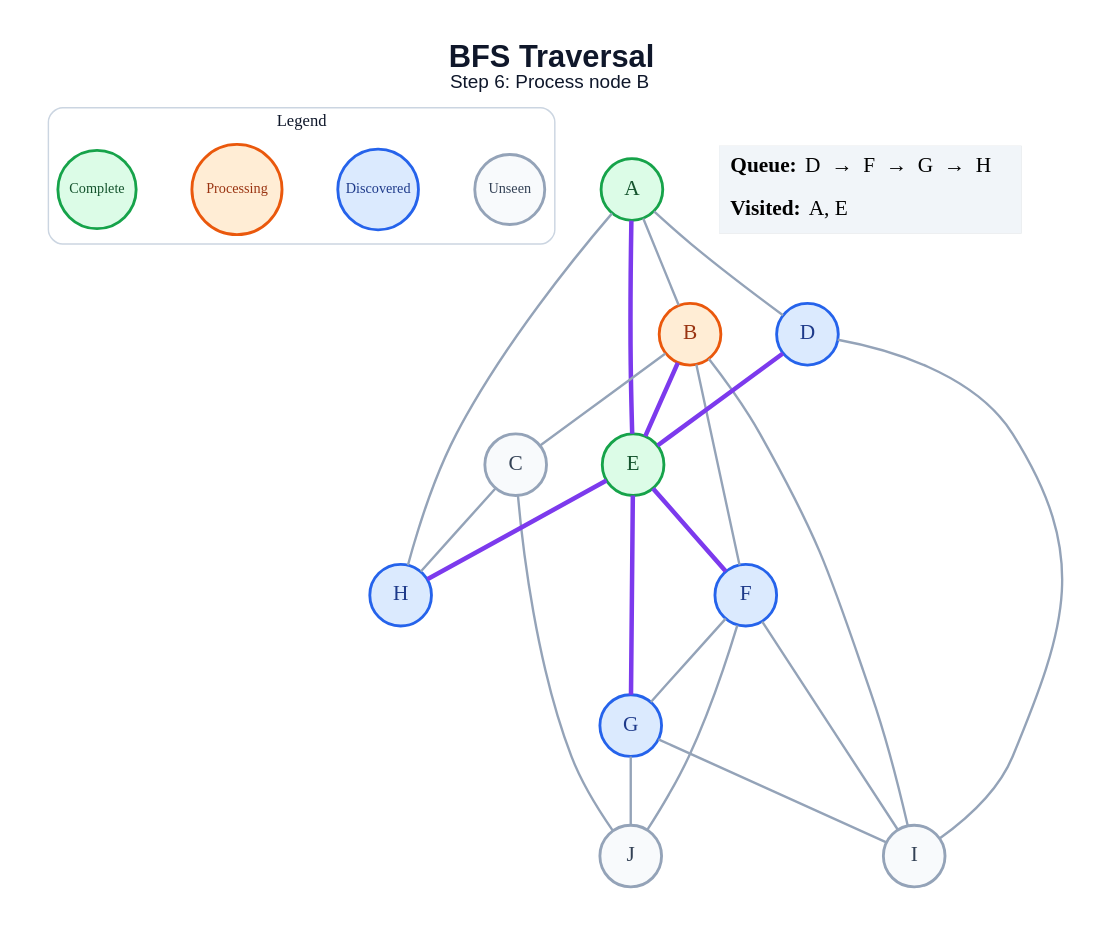
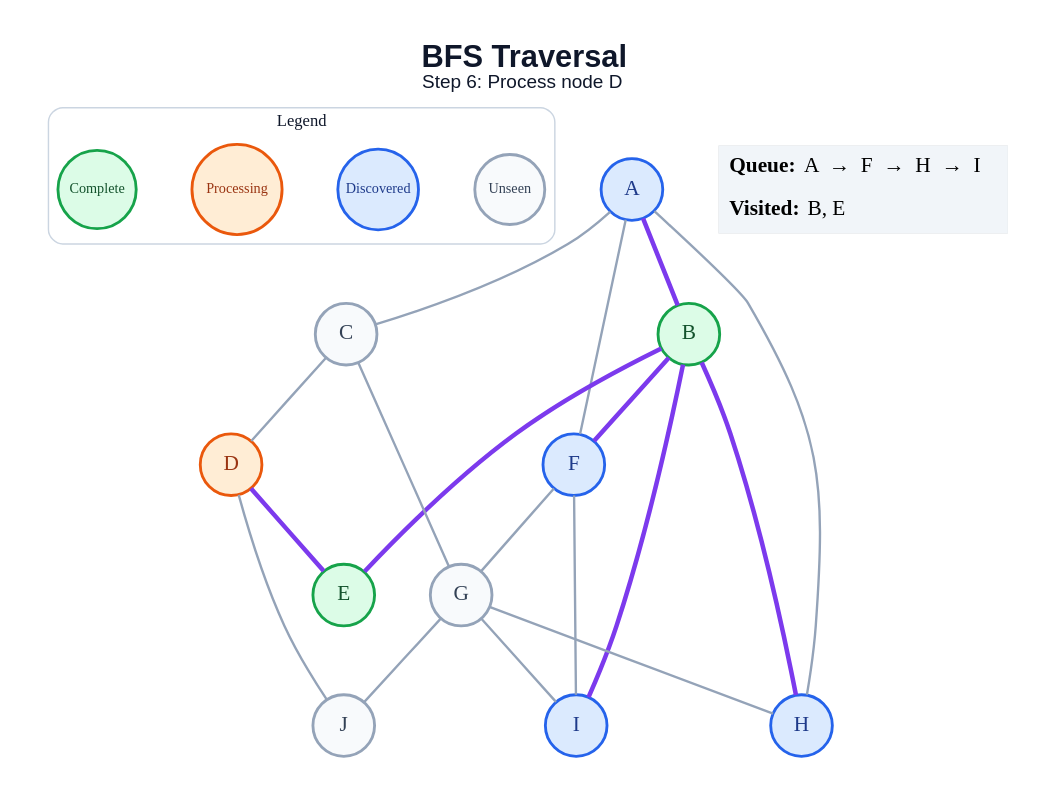
The diagram in generated/specific-node/bfs/step_06.dot (amanghodawala9/ai-slop), drawn with Graphviz before and after one commit. The commit also changed 178 other files, not shown here.

```diff
--- a/generated/specific-node/bfs/step_06.dot
+++ b/generated/specific-node/bfs/step_06.dot
@@ -1,49 +1,46 @@
 graph traversal {
   graph [layout=dot, rankdir=TB, bgcolor="#FFFFFF", pad="0.35", nodesep="0.65", ranksep="0.8", fontname="Arial"];
   node [shape=circle, style="filled", fontname="Arial Bold", fontsize=18, width=0.72, fixedsize=true, penwidth=2.4];
   edge [color="#94A3B8", penwidth=2.0];
-  label=<<B>BFS Traversal</B><BR/><FONT POINT-SIZE="16">Step 6: Process node B</FONT>>; labelloc="t"; fontsize=26; fontname="Arial"; fontcolor="#0F172A";
+  label=<<B>BFS Traversal</B><BR/><FONT POINT-SIZE="16">Step 6: Process node D</FONT>>; labelloc="t"; fontsize=26; fontname="Arial"; fontcolor="#0F172A";
   subgraph cluster_legend { label="Legend"; color="#CBD5E1"; penwidth=1.2; style="rounded"; fontsize=14; fontname="Arial Bold";
     key_unseen [label="Unseen", fillcolor="#F8FAFC", color="#94A3B8", fontcolor="#334155", fontsize=12, width=0.82];
     key_frontier [label="Discovered", fillcolor="#DBEAFE", color="#2563EB", fontcolor="#1E3A8A", fontsize=12, width=0.95];
     key_current [label="Processing", fillcolor="#FFEDD5", color="#EA580C", fontcolor="#9A3412", fontsize=12, width=1.05];
     key_done [label="Complete", fillcolor="#DCFCE7", color="#16A34A", fontcolor="#14532D", fontsize=12, width=0.92];
     { rank=same; key_unseen; key_frontier; key_current; key_done; }
   }
-  A [fillcolor="#DCFCE7", color="#16A34A", fontcolor="#14532D"];
-  B [fillcolor="#FFEDD5", color="#EA580C", fontcolor="#9A3412"];
+  A [fillcolor="#DBEAFE", color="#2563EB", fontcolor="#1E3A8A"];
+  B [fillcolor="#DCFCE7", color="#16A34A", fontcolor="#14532D"];
   C [fillcolor="#F8FAFC", color="#94A3B8", fontcolor="#334155"];
-  D [fillcolor="#DBEAFE", color="#2563EB", fontcolor="#1E3A8A"];
+  D [fillcolor="#FFEDD5", color="#EA580C", fontcolor="#9A3412"];
   E [fillcolor="#DCFCE7", color="#16A34A", fontcolor="#14532D"];
   F [fillcolor="#DBEAFE", color="#2563EB", fontcolor="#1E3A8A"];
-  G [fillcolor="#DBEAFE", color="#2563EB", fontcolor="#1E3A8A"];
+  G [fillcolor="#F8FAFC", color="#94A3B8", fontcolor="#334155"];
   H [fillcolor="#DBEAFE", color="#2563EB", fontcolor="#1E3A8A"];
-  I [fillcolor="#F8FAFC", color="#94A3B8", fontcolor="#334155"];
+  I [fillcolor="#DBEAFE", color="#2563EB", fontcolor="#1E3A8A"];
   J [fillcolor="#F8FAFC", color="#94A3B8", fontcolor="#334155"];
-  A -- B;
-  A -- D;
-  A -- E [color="#7C3AED", penwidth=3.8];
+  A -- B [color="#7C3AED", penwidth=3.8];
+  A -- C;
+  A -- F;
   A -- H;
-  B -- C;
   B -- E [color="#7C3AED", penwidth=3.8];
-  B -- F;
-  B -- I;
-  C -- H;
-  C -- J;
+  B -- F [color="#7C3AED", penwidth=3.8];
+  B -- H [color="#7C3AED", penwidth=3.8];
+  B -- I [color="#7C3AED", penwidth=3.8];
+  C -- D;
+  C -- G;
   D -- E [color="#7C3AED", penwidth=3.8];
-  D -- I;
-  E -- F [color="#7C3AED", penwidth=3.8];
-  E -- G [color="#7C3AED", penwidth=3.8];
-  E -- H [color="#7C3AED", penwidth=3.8];
+  D -- J;
   F -- G;
   F -- I;
-  F -- J;
+  G -- H;
   G -- I;
   G -- J;
   status [shape=plain, fixedsize=false, width=0, height=0, margin=0, label=<
     <TABLE BORDER="0" CELLBORDER="0" CELLPADDING="7" BGCOLOR="#F1F5F9">
-      <TR><TD ALIGN="LEFT"><B>Queue:</B> D  →  F  →  G  →  H</TD></TR>
-      <TR><TD ALIGN="LEFT"><B>Visited:</B> A, E</TD></TR>
+      <TR><TD ALIGN="LEFT"><B>Queue:</B> A  →  F  →  H  →  I</TD></TR>
+      <TR><TD ALIGN="LEFT"><B>Visited:</B> B, E</TD></TR>
     </TABLE>
   >];
 }
```
